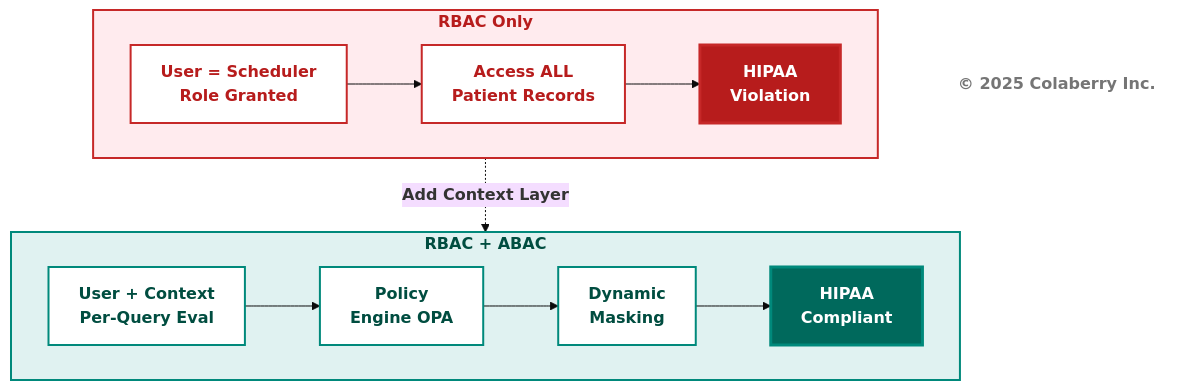
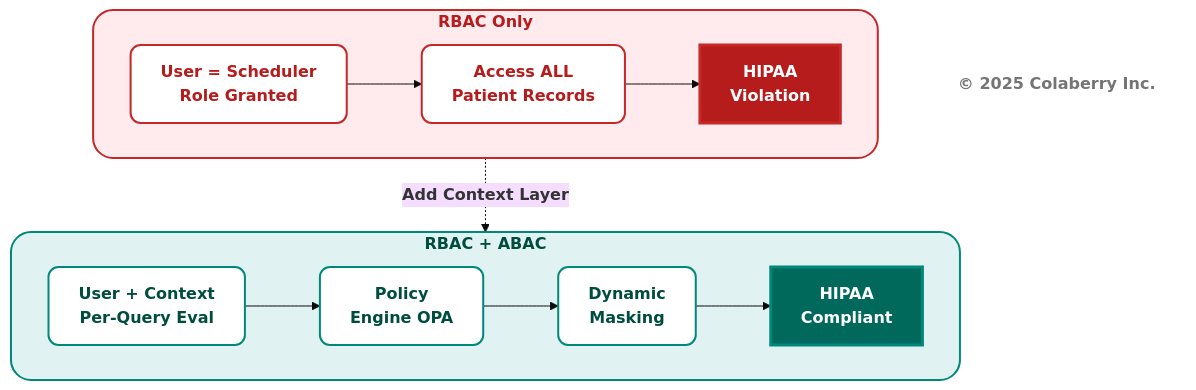
One commit to saitejesh-cyber/trust-before-intelligence-book changed the ninth of 12 diagrams in manuscript/03_chapter_2_inpact_framework.md. Above: the diagram before and after it, drawn with Mermaid (base theme). The commit also changed other lines of this file, not shown here.

````diff
--- a/manuscript/03_chapter_2_inpact_framework.md
+++ b/manuscript/03_chapter_2_inpact_framework.md
@@ -635,33 +635,33 @@
 ```mermaid
 graph TB
     subgraph ERA1["<b>RBAC Only</b>"]
         direction LR
         A1["<b>User = Scheduler<br/>Role Granted</b>"] --> B1["<b>Access ALL<br/>Patient Records</b>"]
         B1 --> D1["<b>HIPAA<br/>Violation</b>"]
         
         style D1 fill:#b71c1c,color:#ffffff,stroke:#c62828,stroke-width:3px
     end
     
     ERA1 -.->|<b>Add Context Layer</b>| ERA2
     
     subgraph ERA2["<b>RBAC + ABAC</b>"]
         direction LR
         A2["<b>User + Context<br/>Per-Query Eval</b>"] --> B2["<b>Policy<br/>Engine OPA</b>"]
         B2 --> C2["<b>Dynamic<br/>Masking</b>"]
         C2 --> D2["<b>HIPAA<br/>Compliant</b>"]
         
         style D2 fill:#00695c,color:#ffffff,stroke:#00897b,stroke-width:3px
     end
     
-    style ERA1 fill:#ffebee,stroke:#c62828,stroke-width:2px,color:#b71c1c
-    style A1 fill:#ffffff,stroke:#c62828,stroke-width:2px,color:#b71c1c
-    style B1 fill:#ffffff,stroke:#c62828,stroke-width:2px,color:#b71c1c
+    style ERA1 fill:#ffebee,stroke:#c62828,stroke-width:2px,color:#b71c1c,rx:2O,ry:20
+    style A1 fill:#ffffff,stroke:#c62828,stroke-width:2px,color:#b71c1c,rx:1O,ry:10
+    style B1 fill:#ffffff,stroke:#c62828,stroke-width:2px,color:#b71c1c,rx:1O,ry:10
     
-    style ERA2 fill:#e0f2f1,stroke:#00897b,stroke-width:2px,color:#004d40
-    style A2 fill:#ffffff,stroke:#00897b,stroke-width:2px,color:#004d40
-    style B2 fill:#ffffff,stroke:#00897b,stroke-width:2px,color:#004d40
-    style C2 fill:#ffffff,stroke:#00897b,stroke-width:2px,color:#004d40
+    style ERA2 fill:#e0f2f1,stroke:#00897b,stroke-width:2px,color:#004d40,rx:2O,ry:20
+    style A2 fill:#ffffff,stroke:#00897b,stroke-width:2px,color:#004d40,rx:1O,ry:10
+    style B2 fill:#ffffff,stroke:#00897b,stroke-width:2px,color:#004d40,rx:1O,ry:10
+    style C2 fill:#ffffff,stroke:#00897b,stroke-width:2px,color:#004d40,rx:1O,ry:10
     
     Copyright["<b>© 2025 Colaberry Inc.</b>"]
-    style Copyright fill:#ffffff,stroke:none,color:#757575
+    style Copyright fill:none,stroke:none,color:#757575
 ```
````
